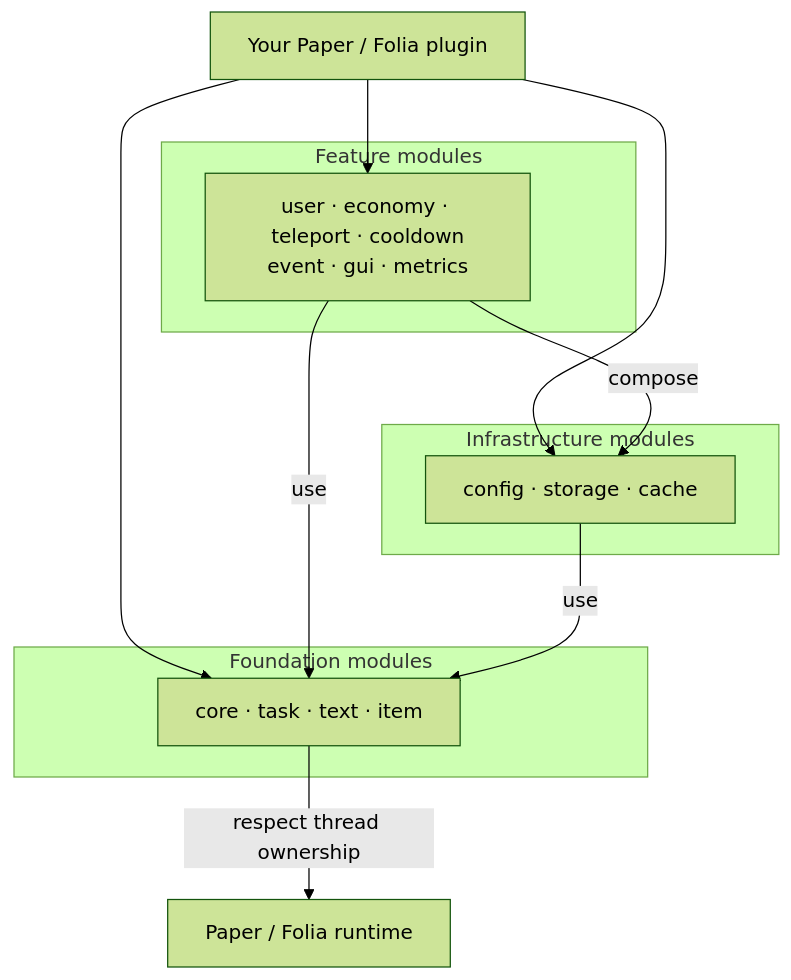
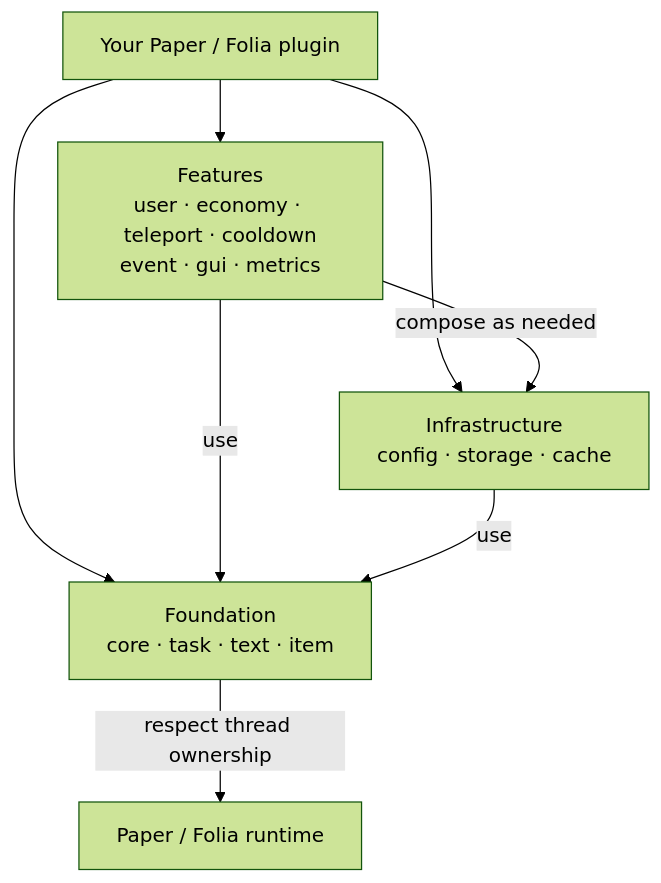
One commit to HanielCota/Cotani changed the diagram in README.md. Above: the diagram before and after it, drawn with Mermaid (forest theme). The commit also changed other lines of this file and 4 other files, not shown here.

````diff
--- a/README.md
+++ b/README.md
@@ -38,26 +122,16 @@
 ```mermaid
 flowchart TB
     Plugin["Your Paper / Folia plugin"]
-
-    subgraph Features["Feature modules"]
-        FeatureModules["user · economy · teleport · cooldown<br/>event · gui · metrics"]
-    end
-
-    subgraph Infrastructure["Infrastructure modules"]
-        InfrastructureModules["config · storage · cache"]
-    end
-
-    subgraph Foundation["Foundation modules"]
-        FoundationModules["core · task · text · item"]
-    end
-
+    Features["Features<br/>user · economy · teleport · cooldown<br/>event · gui · metrics"]
+    Infrastructure["Infrastructure<br/>config · storage · cache"]
+    Foundation["Foundation<br/>core · task · text · item"]
     Runtime["Paper / Folia runtime"]
 
-    Plugin --> FeatureModules
-    Plugin --> InfrastructureModules
-    Plugin --> FoundationModules
-    FeatureModules -->|compose| InfrastructureModules
-    FeatureModules -->|use| FoundationModules
-    InfrastructureModules -->|use| FoundationModules
-    FoundationModules -->|respect thread ownership| Runtime
+    Plugin --> Features
+    Plugin --> Infrastructure
+    Plugin --> Foundation
+    Features -->|compose as needed| Infrastructure
+    Features -->|use| Foundation
+    Infrastructure -->|use| Foundation
+    Foundation -->|respect thread ownership| Runtime
 ```
````
